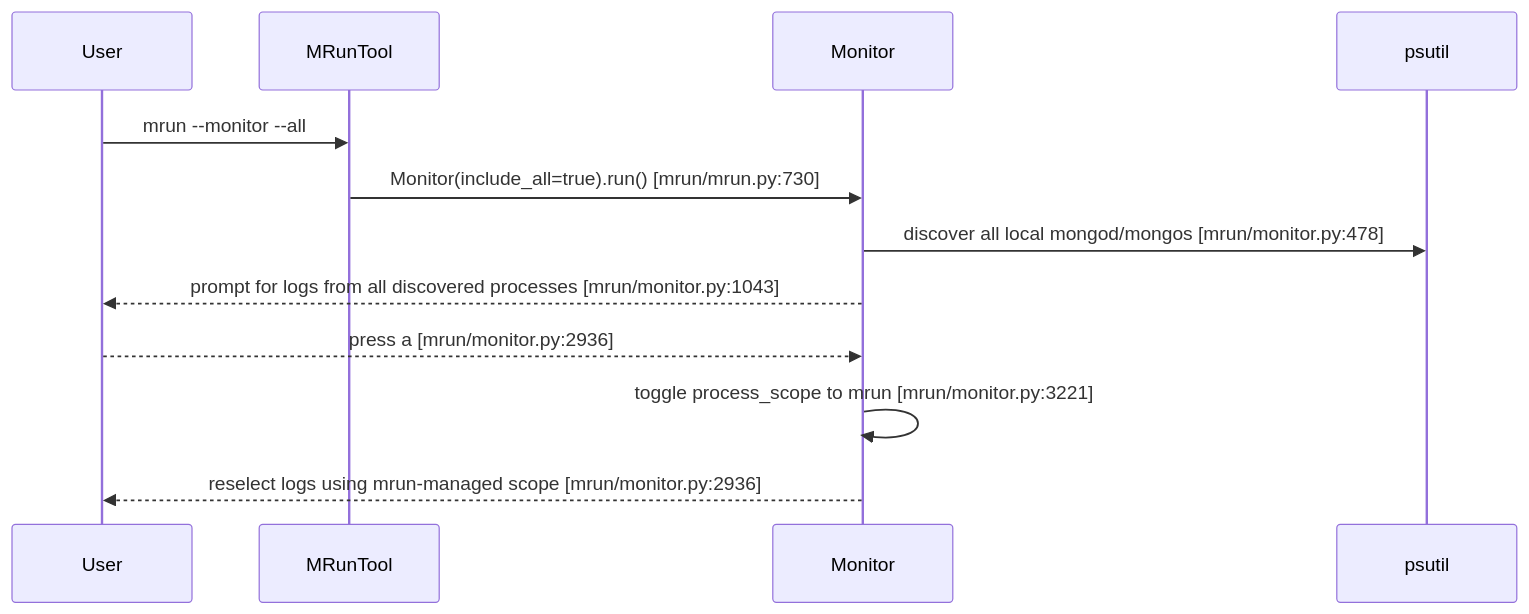
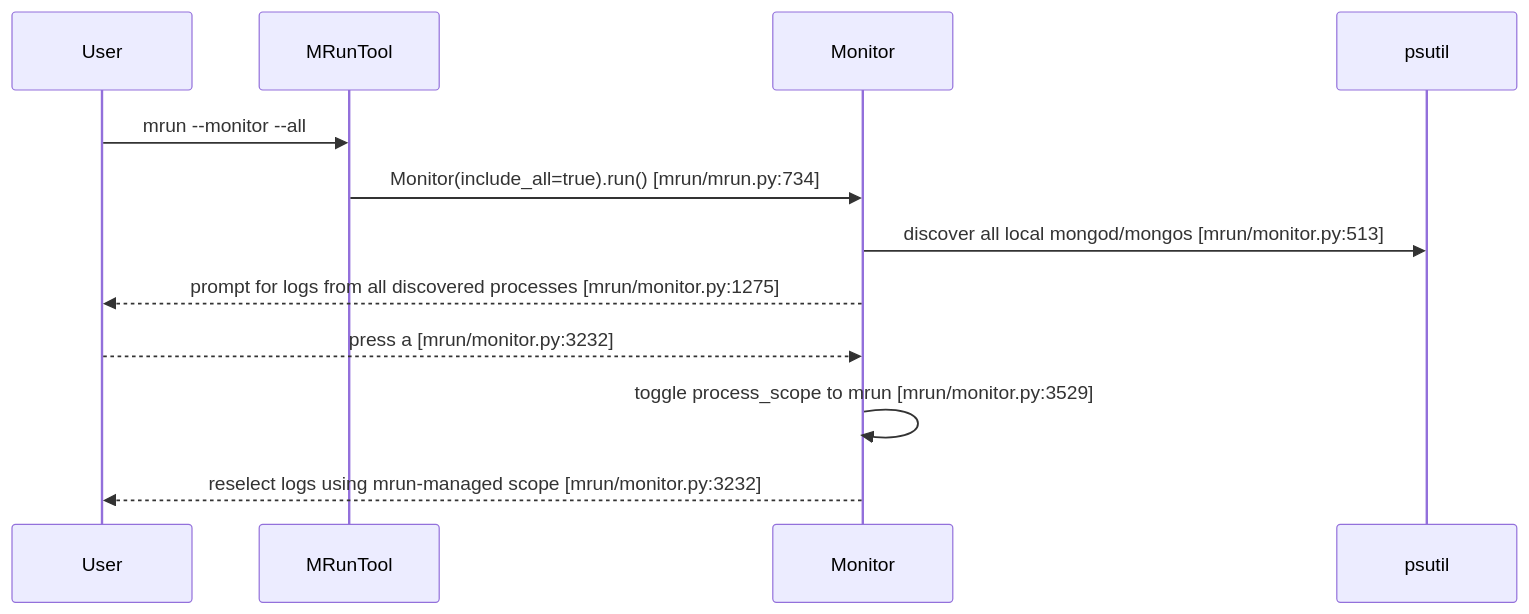
Before and after one commit to mongodb/mlaunch: the second of 12 diagrams in doc/feature-monitor-guide.md, drawn with Mermaid. The commit also changed other lines of this file and 2 other files, not shown here.

Commit message:
docs: document roles and current ops monitor view

````diff
--- a/doc/feature-monitor-guide.md
+++ b/doc/feature-monitor-guide.md
@@ -170,15 +174,15 @@
 ```mermaid
 sequenceDiagram
     participant User
     participant Tool as MRunTool
     participant Monitor as Monitor
     participant PS as psutil
 
     User->>Tool: mrun --monitor --all
-    Tool->>Monitor: Monitor(include_all=true).run() [mrun/mrun.py:730]
-    Monitor->>PS: discover all local mongod/mongos [mrun/monitor.py:478]
-    Monitor-->>User: prompt for logs from all discovered processes [mrun/monitor.py:1043]
-    User-->>Monitor: press a [mrun/monitor.py:2936]
-    Monitor->>Monitor: toggle process_scope to mrun [mrun/monitor.py:3221]
-    Monitor-->>User: reselect logs using mrun-managed scope [mrun/monitor.py:2936]
+    Tool->>Monitor: Monitor(include_all=true).run() [mrun/mrun.py:734]
+    Monitor->>PS: discover all local mongod/mongos [mrun/monitor.py:513]
+    Monitor-->>User: prompt for logs from all discovered processes [mrun/monitor.py:1275]
+    User-->>Monitor: press a [mrun/monitor.py:3232]
+    Monitor->>Monitor: toggle process_scope to mrun [mrun/monitor.py:3529]
+    Monitor-->>User: reselect logs using mrun-managed scope [mrun/monitor.py:3232]
 ```
````
